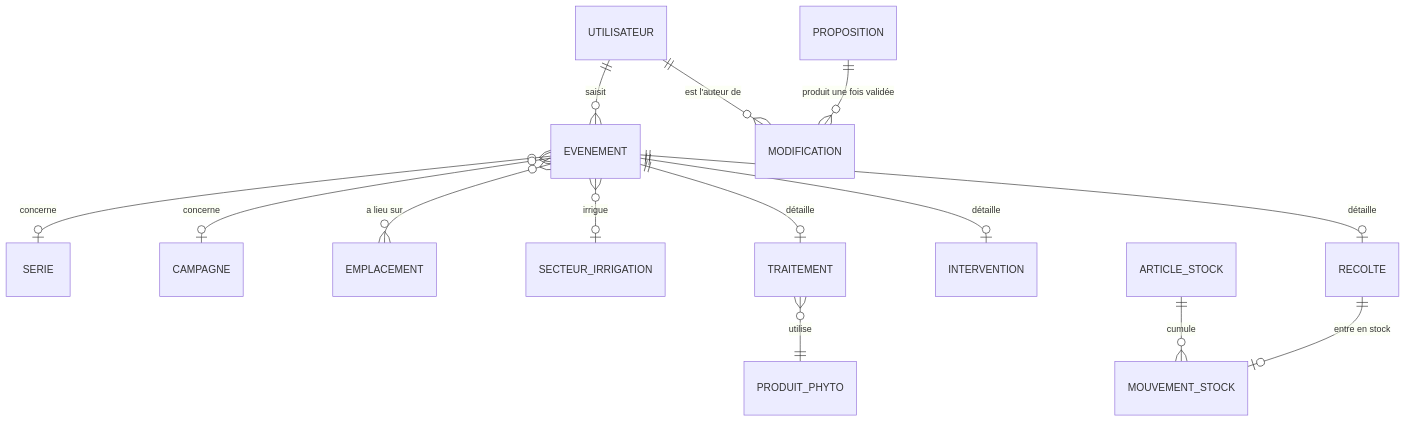
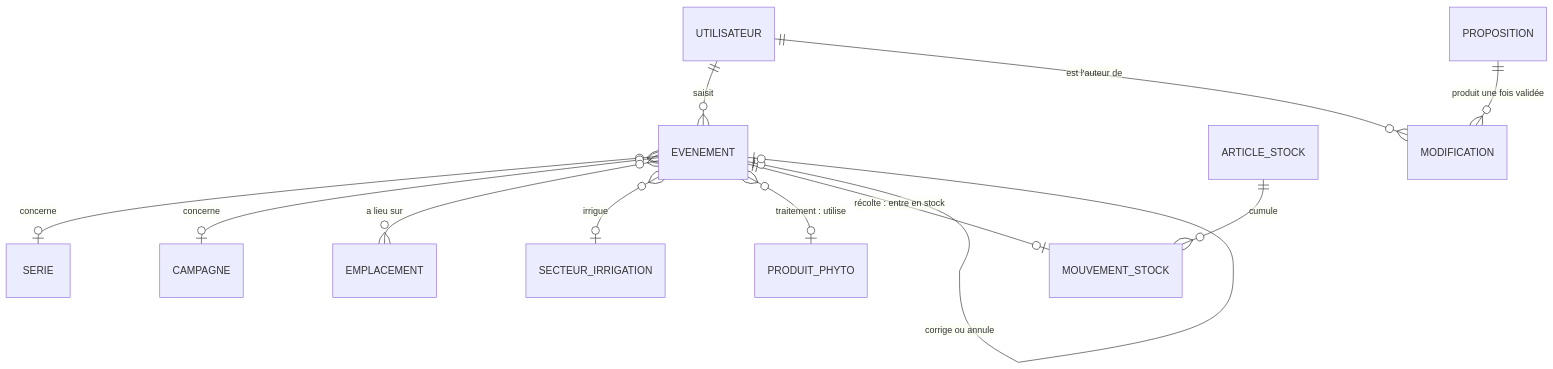
Before and after one commit to thoy-le-duc/Planifications: the second of 2 diagrams in docs/modele-donnees.md, drawn with Mermaid. The commit also changed other lines of this file and 2 other files, not shown here.

Commit message:
T08 : modèle v1 aligné sur Q10, statut et journal
Claude-Session: https://claude.ai/code/session_01HmBoAGDntFCSyXo7DkeLVF

````diff
--- a/docs/modele-donnees.md
+++ b/docs/modele-donnees.md
@@ -47,16 +47,14 @@
 ```mermaid
 erDiagram
   UTILISATEUR ||--o{ EVENEMENT : "saisit"
   EVENEMENT }o--o| SERIE : "concerne"
   EVENEMENT }o--o| CAMPAGNE : "concerne"
   EVENEMENT }o--o{ EMPLACEMENT : "a lieu sur"
   EVENEMENT }o--o| SECTEUR_IRRIGATION : "irrigue"
-  EVENEMENT ||--o| RECOLTE : "détaille"
-  EVENEMENT ||--o| INTERVENTION : "détaille"
-  EVENEMENT ||--o| TRAITEMENT : "détaille"
-  TRAITEMENT }o--|| PRODUIT_PHYTO : "utilise"
-  RECOLTE ||--o| MOUVEMENT_STOCK : "entre en stock"
+  EVENEMENT }o--o| PRODUIT_PHYTO : "traitement : utilise"
+  EVENEMENT ||--o| MOUVEMENT_STOCK : "récolte : entre en stock"
+  EVENEMENT |o--o| EVENEMENT : "corrige ou annule"
   ARTICLE_STOCK ||--o{ MOUVEMENT_STOCK : "cumule"
   PROPOSITION ||--o{ MODIFICATION : "produit une fois validée"
   UTILISATEUR ||--o{ MODIFICATION : "est l'auteur de"
 ```
````
